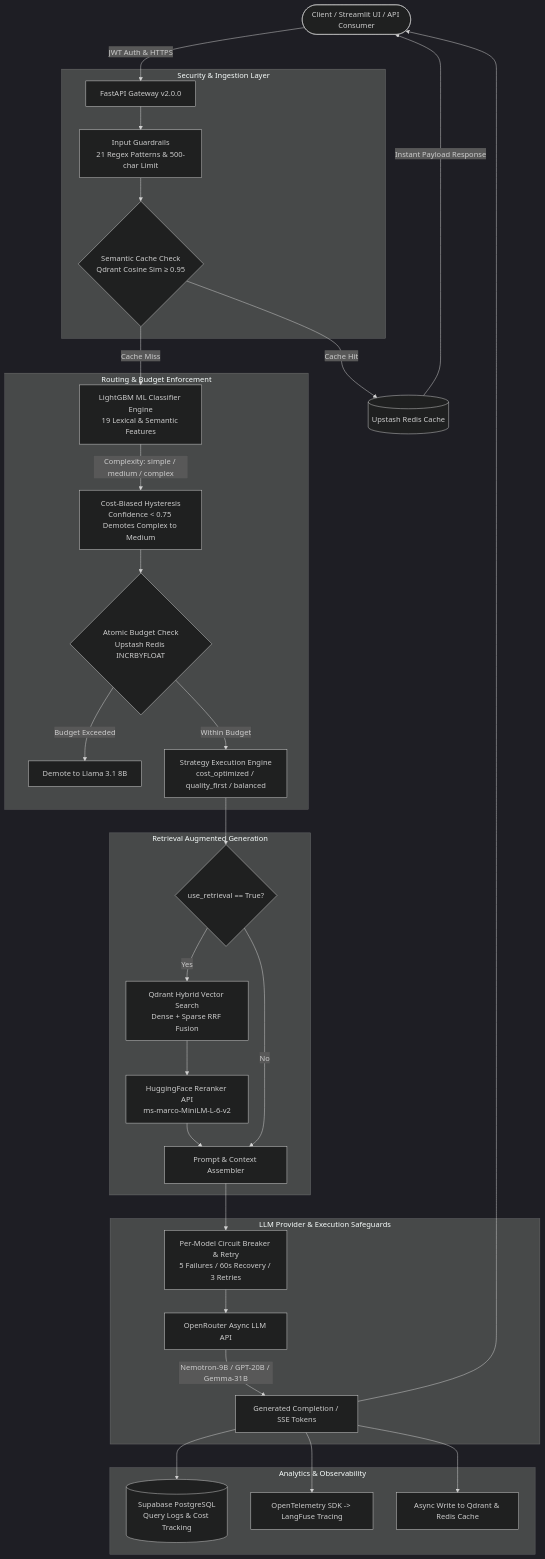
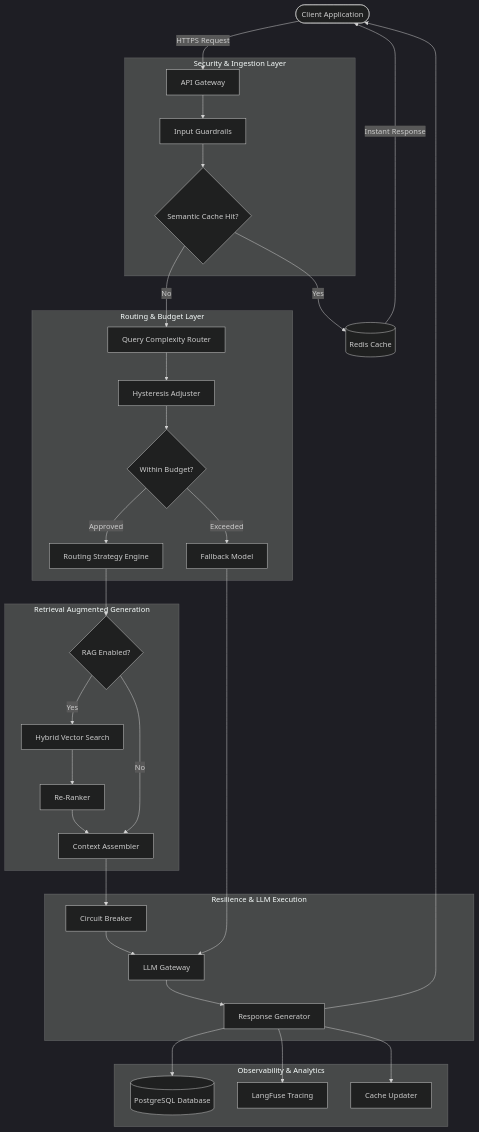
The first of 2 diagrams in README.md (JavithNaseem-J/SmartRoute-AI), drawn with Mermaid (dark theme) before and after one commit. The commit also changed other lines of this file, not shown here.

Commit message:
fix: API Unavailable. Start python -m api.main and ReadME Updated

````diff
--- a/README.md
+++ b/README.md
@@ -41,43 +41,44 @@
 ```mermaid
 graph TD
-    User([Client / Streamlit UI / API Consumer]) -->|JWT Auth & HTTPS| Gateway[FastAPI Gateway v2.0.0]
+    Client([Client Application]) -->|HTTPS Request| Gateway[API Gateway]
     
     subgraph Security & Ingestion Layer
-        Gateway --> Guard[Input Guardrails<br/>21 Regex Patterns & 500-char Limit]
-        Guard --> CacheCheck{Semantic Cache Check<br/>Qdrant Cosine Sim ≥ 0.95}
+        Gateway --> Guardrails[Input Guardrails]
+        Guardrails --> CacheCheck{Semantic Cache Hit?}
     end
 
-    CacheCheck -- Cache Hit --> RedisCache[(Upstash Redis Cache)]
-    RedisCache -->|Instant Payload Response| User
+    CacheCheck -- Yes --> CacheStore[(Redis Cache)]
+    CacheStore -->|Instant Response| Client
 
-    CacheCheck -- Cache Miss --> Router[LightGBM ML Classifier Engine<br/>19 Lexical & Semantic Features]
+    CacheCheck -- No --> Router[Query Complexity Router]
 
-    subgraph Routing & Budget Enforcement
-        Router -->|Complexity: simple / medium / complex| Hysteresis[Cost-Biased Hysteresis<br/>Confidence < 0.75 Demotes Complex to Medium]
-        Hysteresis --> BudgetCheck{Atomic Budget Check<br/>Upstash Redis INCRBYFLOAT}
-        BudgetCheck -- Budget Exceeded --> FallbackModel[Demote to Llama 3.1 8B]
-        BudgetCheck -- Within Budget --> StrategyExec[Strategy Execution Engine<br/>cost_optimized / quality_first / balanced]
+    subgraph Routing & Budget Layer
+        Router --> Hysteresis[Hysteresis Adjuster]
+        Hysteresis --> BudgetCheck{Within Budget?}
+        BudgetCheck -- Exceeded --> Fallback[Fallback Model]
+        BudgetCheck -- Approved --> StrategyEngine[Routing Strategy Engine]
     end
 
     subgraph Retrieval Augmented Generation
-        StrategyExec --> RAGCheck{use_retrieval == True?}
-        RAGCheck -- Yes --> HybridSearch[Qdrant Hybrid Vector Search<br/>Dense + Sparse RRF Fusion]
-        HybridSearch --> Reranker[HuggingFace Reranker API<br/>ms-marco-MiniLM-L-6-v2]
-        Reranker --> PromptBuilder[Prompt & Context Assembler]
-        RAGCheck -- No --> PromptBuilder
+        StrategyEngine --> RAGCheck{RAG Enabled?}
+        RAGCheck -- Yes --> VectorSearch[Hybrid Vector Search]
+        VectorSearch --> Reranker[Re-Ranker]
+        Reranker --> ContextAssembler[Context Assembler]
+        RAGCheck -- No --> ContextAssembler
     end
 
-    subgraph LLM Provider & Execution Safeguards
-        PromptBuilder --> CircuitBreaker[Per-Model Circuit Breaker & Retry<br/>5 Failures / 60s Recovery / 3 Retries]
-        CircuitBreaker --> OpenRouter[OpenRouter Async LLM API]
-        OpenRouter -->|Nemotron-9B / GPT-20B / Gemma-31B| LLMResponse[Generated Completion / SSE Tokens]
+    subgraph Resilience & LLM Execution
+        ContextAssembler --> CircuitBreaker[Circuit Breaker]
+        CircuitBreaker --> LLMGateway[LLM Gateway]
+        Fallback --> LLMGateway
+        LLMGateway --> ResponseGen[Response Generator]
     end
 
-    subgraph Analytics & Observability
-        LLMResponse --> PostgresLog[(Supabase PostgreSQL<br/>Query Logs & Cost Tracking)]
-        LLMResponse --> OTEL[OpenTelemetry SDK -> LangFuse Tracing]
-        LLMResponse --> CacheWrite[Async Write to Qdrant & Redis Cache]
+    subgraph Observability & Analytics
+        ResponseGen --> Database[(PostgreSQL Database)]
+        ResponseGen --> Tracing[LangFuse Tracing]
+        ResponseGen --> CacheWrite[Cache Updater]
     end
 
-    LLMResponse --> User
+    ResponseGen --> Client
 ```
````
